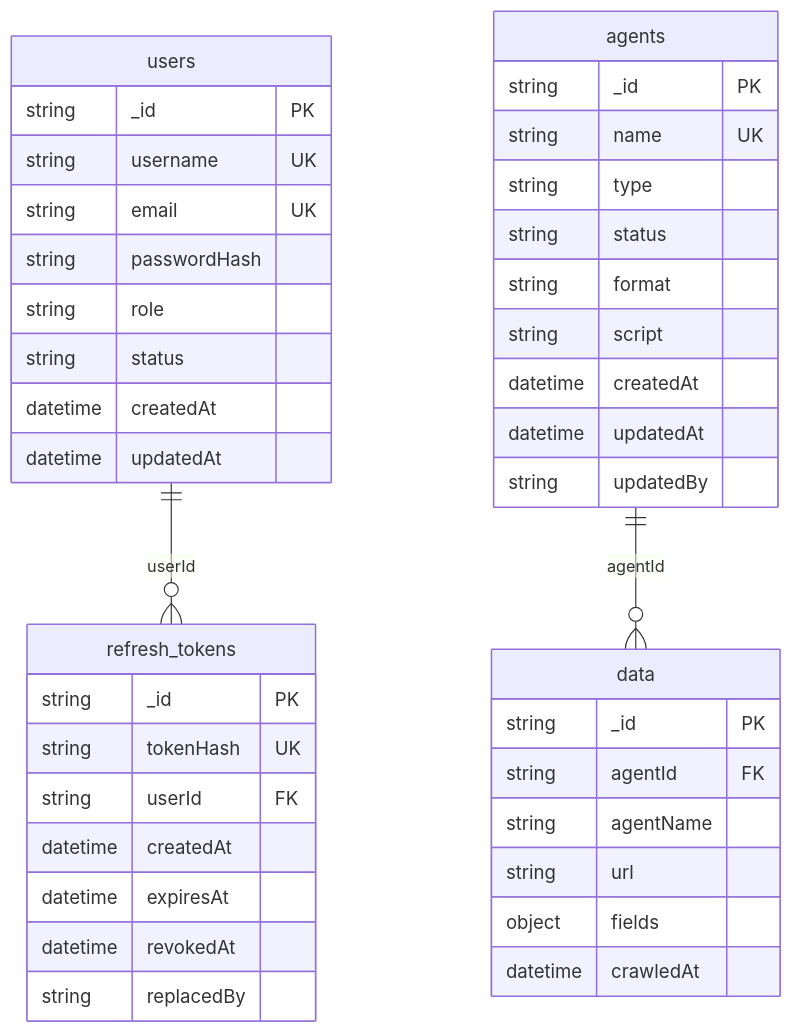
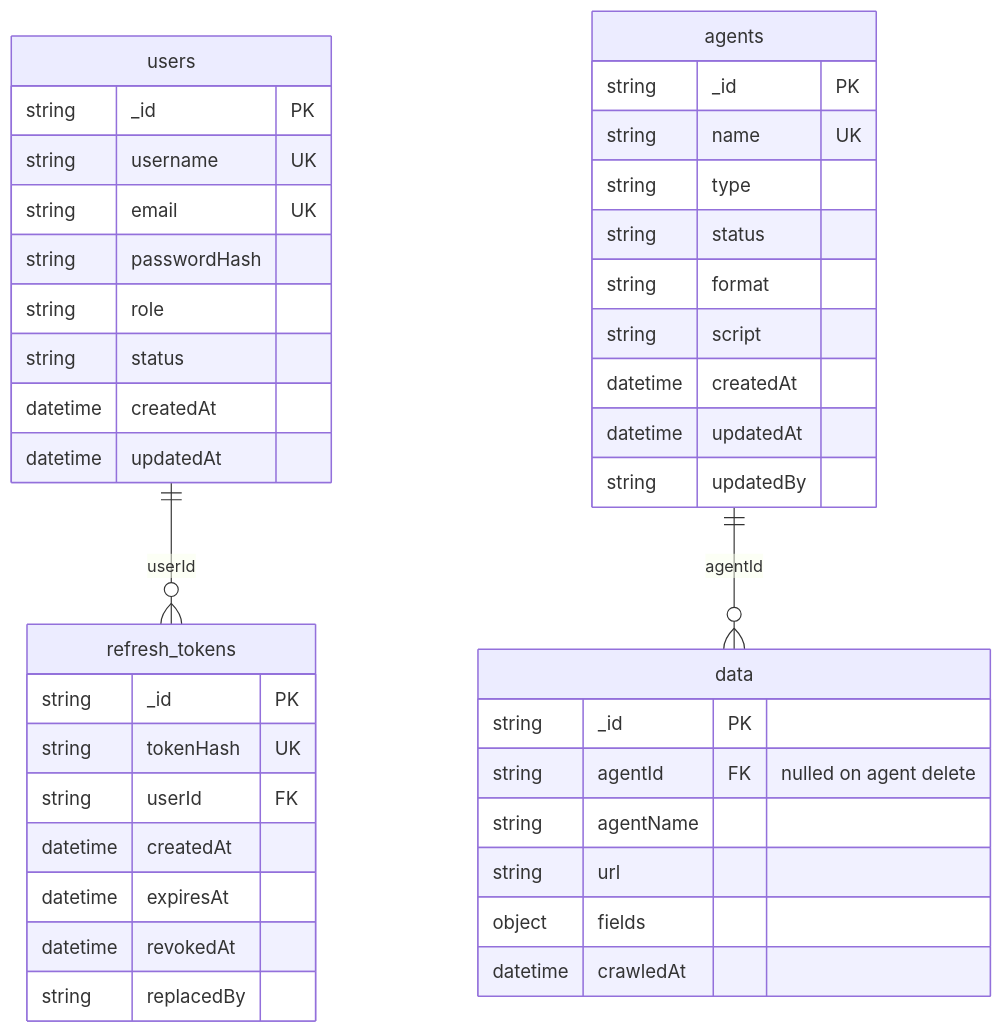
One commit to Nammm000/Desktop-data-crawler-application changed the diagram in backend/.claude/rules/database-schema.md. Above: the diagram before and after it, drawn with Mermaid. The commit also changed other lines of this file and 17 other files, not shown here.

Commit message:
feat: delete agent api  and get orphaned data change

````diff
--- a/backend/.claude/rules/database-schema.md
+++ b/backend/.claude/rules/database-schema.md
@@ -32,43 +32,43 @@
 ```mermaid
 erDiagram
     users ||--o{ refresh_tokens : "userId"
     users {
         string _id PK
         string username UK
         string email UK
         string passwordHash
         string role
         string status
         datetime createdAt
         datetime updatedAt
     }
     refresh_tokens {
         string _id PK
         string tokenHash UK
         string userId FK
         datetime createdAt
         datetime expiresAt
         datetime revokedAt
         string replacedBy
     }
     agents {
         string _id PK
         string name UK
         string type
         string status
         string format
         string script
         datetime createdAt
         datetime updatedAt
         string updatedBy
     }
     agents ||--o{ data : "agentId"
     data {
         string _id PK
-        string agentId FK
+        string agentId FK "nulled on agent delete"
         string agentName
         string url
         object fields
         datetime crawledAt
     }
 ```
````
